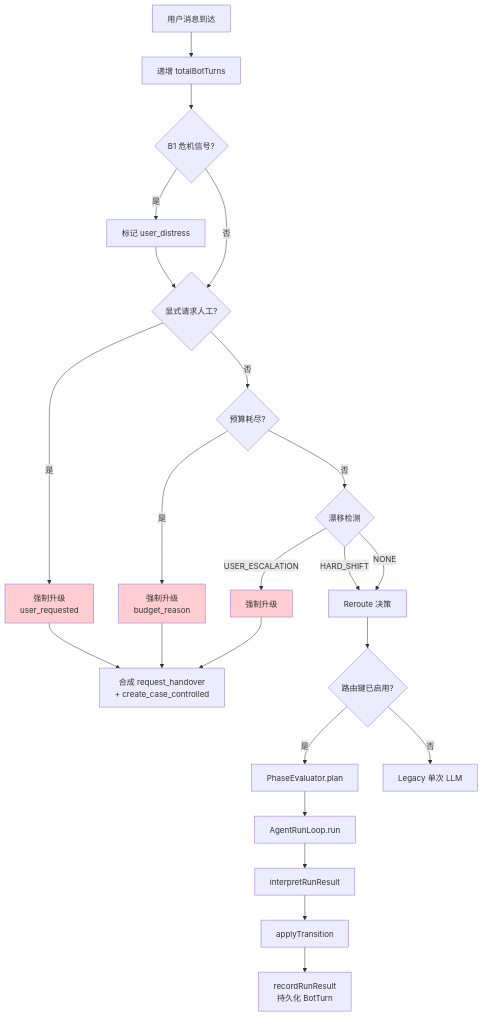
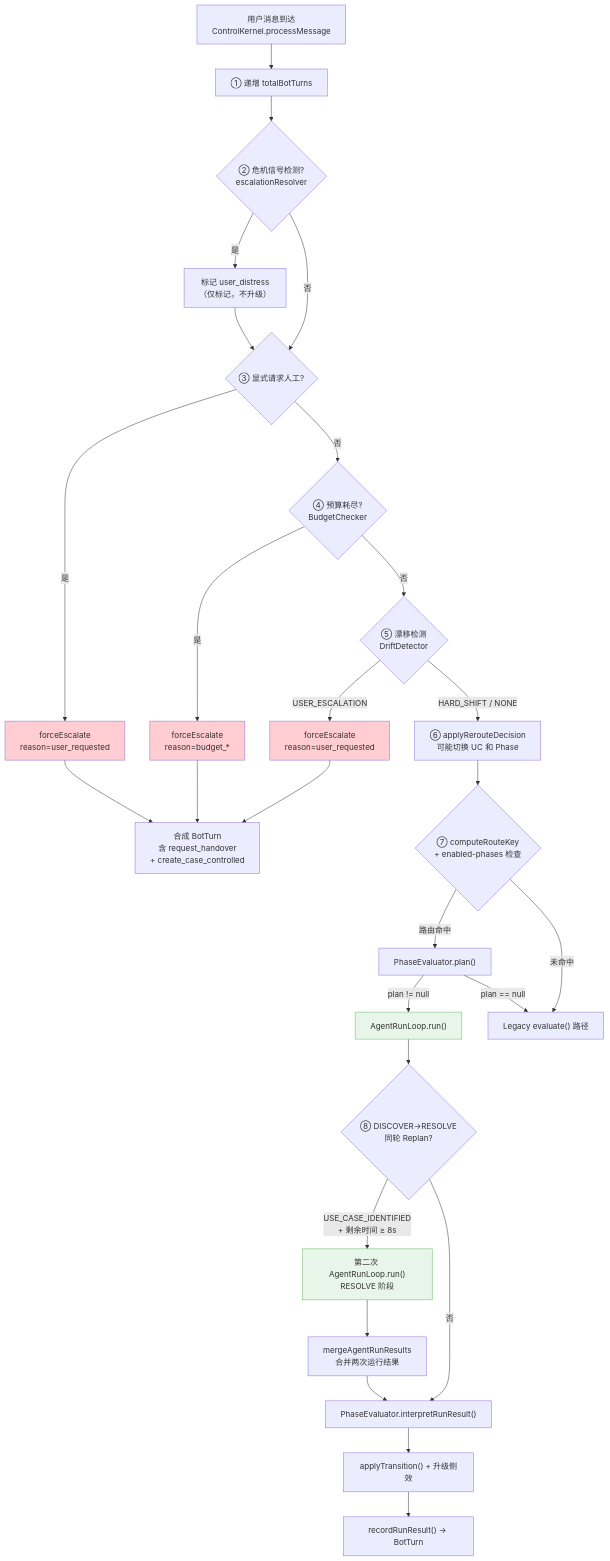
Before and after one commit to caoruixin/csagent: the eighth of 27 diagrams in csagent_system_design_review.md, drawn with Mermaid. The commit also changed other lines of this file and 40 other files, not shown here.

````diff
--- a/csagent_system_design_review.md
+++ b/csagent_system_design_review.md
@@ -162,30 +587,36 @@
 ```mermaid
 flowchart TD
-    MSG[用户消息到达] --> INC[递增 totalBotTurns]
-    INC --> B1{B1 危机信号?}
-    B1 -->|是| STAMP[标记 user_distress]
-    B1 -->|否| HUM{显式请求人工?}
-    STAMP --> HUM
-    HUM -->|是| FE1[强制升级<br/>user_requested]
-    HUM -->|否| BDG{预算耗尽?}
-    BDG -->|是| FE2[强制升级<br/>budget_reason]
-    BDG -->|否| DFT{漂移检测}
-    DFT -->|USER_ESCALATION| FE3[强制升级]
-    DFT -->|HARD_SHIFT| RRT[Reroute 决策]
-    DFT -->|NONE| RRT
-    RRT --> ROUTE{路由键已启用?}
-    ROUTE -->|是| PLAN[PhaseEvaluator.plan]
-    ROUTE -->|否| LEGACY[Legacy 单次 LLM]
-    PLAN --> LOOP[AgentRunLoop.run]
-    LOOP --> INTERP[interpretRunResult]
-    INTERP --> TRANS[applyTransition]
-    TRANS --> SAVE[recordRunResult<br/>持久化 BotTurn]
-    
-    FE1 --> SYNTH[合成 request_handover<br/>+ create_case_controlled]
+    MSG["用户消息到达<br/>ControlKernel.processMessage"] --> INC["① 递增 totalBotTurns"]
+    INC --> B1{"② 危机信号检测?<br/>escalationResolver"}
+    B1 -->|"是"| STAMP["标记 user_distress<br/>（仅标记，不升级）"]
+    B1 -->|"否"| HUM
+    STAMP --> HUM{"③ 显式请求人工?"}
+    HUM -->|"是"| FE1["forceEscalate<br/>reason=user_requested"]
+    HUM -->|"否"| BDG{"④ 预算耗尽?<br/>BudgetChecker"}
+    BDG -->|"是"| FE2["forceEscalate<br/>reason=budget_*"]
+    BDG -->|"否"| DFT{"⑤ 漂移检测<br/>DriftDetector"}
+    DFT -->|"USER_ESCALATION"| FE3["forceEscalate<br/>reason=user_requested"]
+    DFT -->|"HARD_SHIFT / NONE"| RRT["⑥ applyRerouteDecision<br/>可能切换 UC 和 Phase"]
+    RRT --> ROUTE{"⑦ computeRouteKey<br/>+ enabled-phases 检查"}
+    ROUTE -->|"路由命中"| PLAN["PhaseEvaluator.plan()"]
+    ROUTE -->|"未命中"| LEGACY["Legacy evaluate() 路径"]
+    PLAN -->|"plan != null"| LOOP["AgentRunLoop.run()"]
+    PLAN -->|"plan == null"| LEGACY
+    LOOP --> REPLAN{"⑧ DISCOVER→RESOLVE<br/>同轮 Replan?"}
+    REPLAN -->|"USE_CASE_IDENTIFIED<br/>+ 剩余时间 ≥ 8s"| LOOP2["第二次 AgentRunLoop.run()<br/>RESOLVE 阶段"]
+    REPLAN -->|"否"| INTERP
+    LOOP2 --> MERGE["mergeAgentRunResults<br/>合并两次运行结果"]
+    MERGE --> INTERP["PhaseEvaluator.interpretRunResult()"]
+    INTERP --> TRANS["applyTransition() + 升级侧效"]
+    TRANS --> SAVE["recordRunResult() → BotTurn"]
+
+    FE1 --> SYNTH["合成 BotTurn<br/>含 request_handover<br/>+ create_case_controlled"]
     FE2 --> SYNTH
     FE3 --> SYNTH
 
     style FE1 fill:#ffcdd2
     style FE2 fill:#ffcdd2
     style FE3 fill:#ffcdd2
+    style LOOP fill:#e8f5e9,stroke:#66bb6a
+    style LOOP2 fill:#e8f5e9,stroke:#66bb6a
 ```
````
